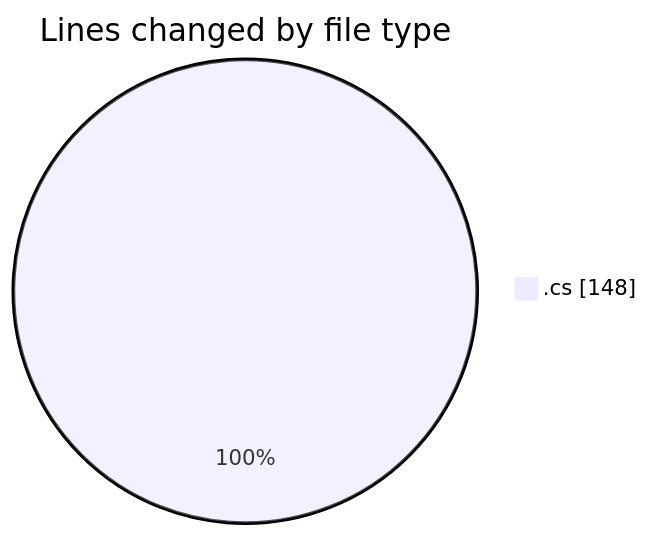
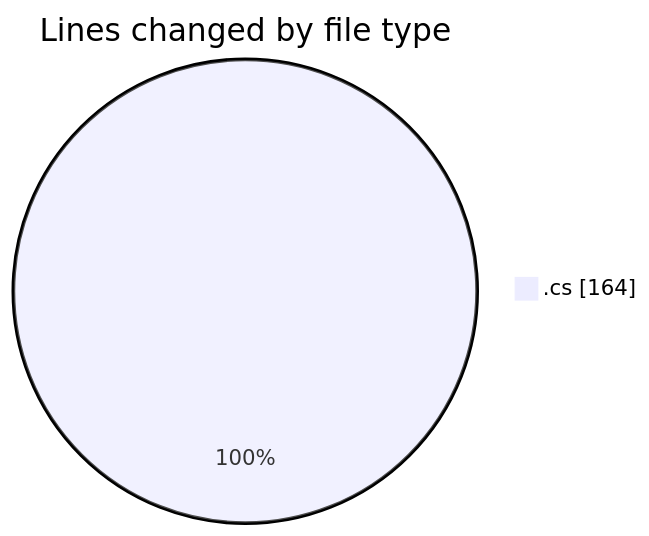
Before and after one commit to Netris89/code-tracking: the first of 2 diagrams in 2025-03-22/back-end/README.md, drawn with Mermaid. The commit also changed other lines of this file and 1 other file, not shown here.

````diff
--- a/2025-03-22/back-end/README.md
+++ b/2025-03-22/back-end/README.md
@@ -21,5 +21,5 @@
 ```mermaid
 pie showData
 title Lines changed by file type
-".cs" : 148
+".cs" : 164
 ```
````
